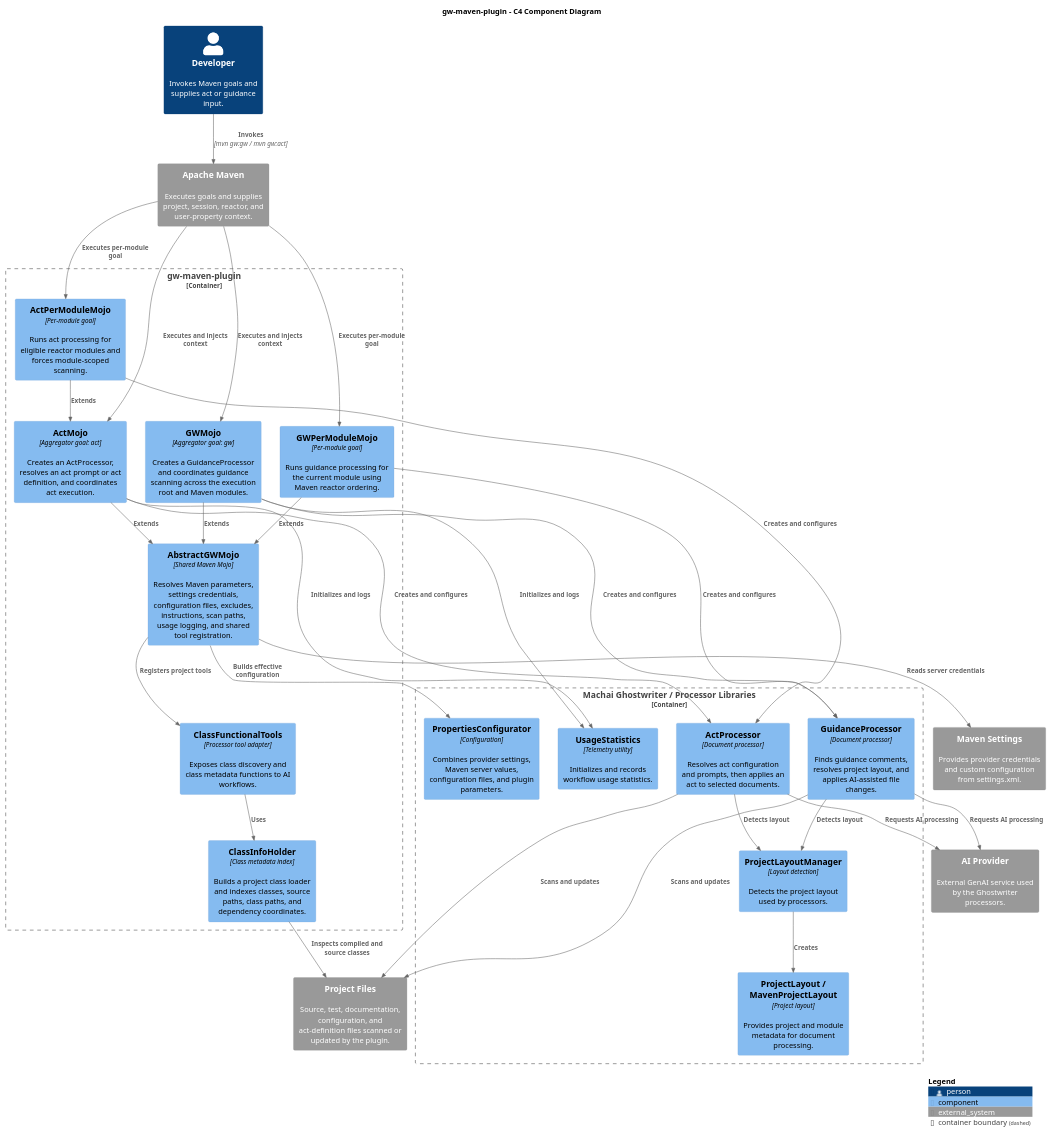
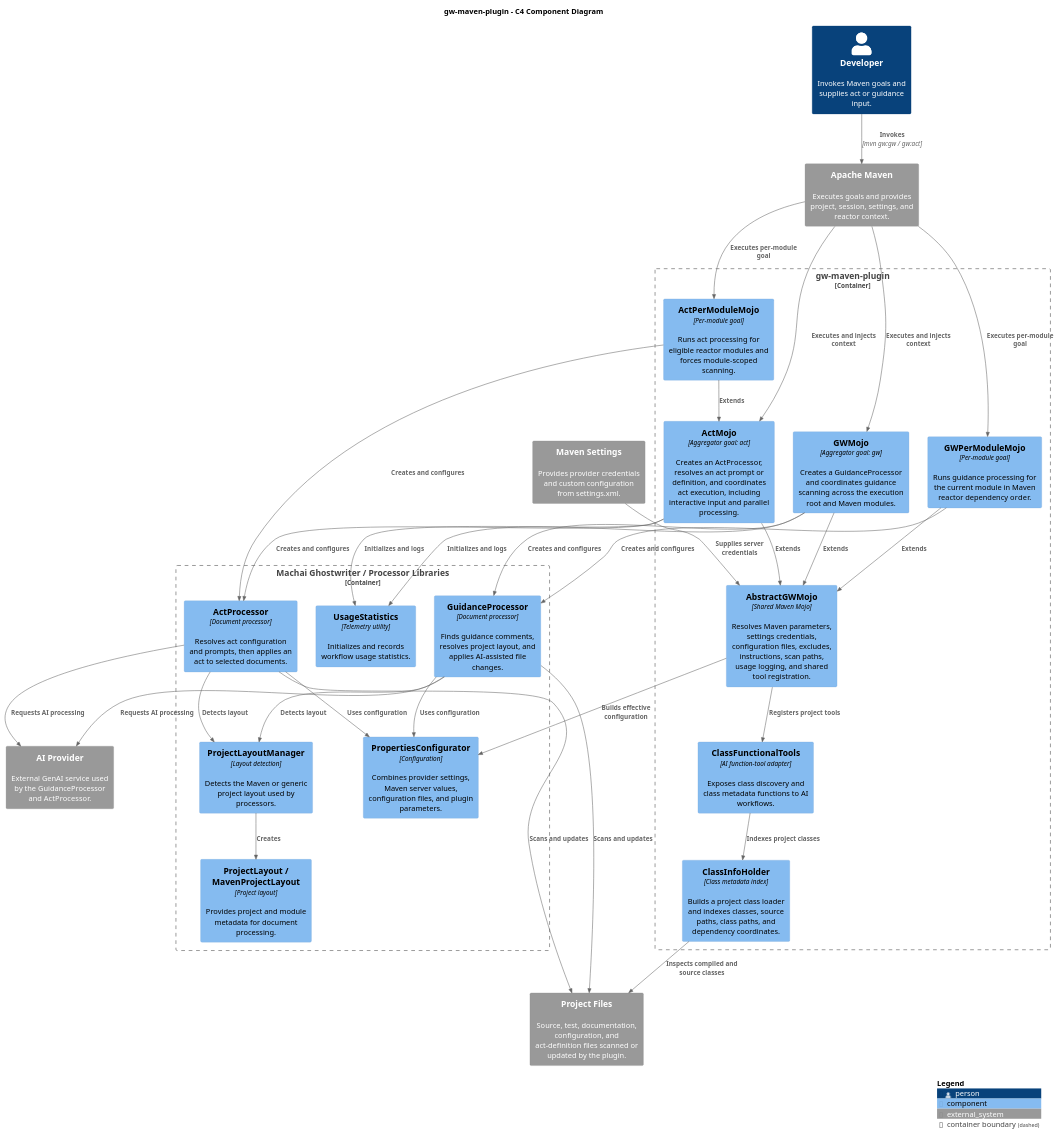
The diagram in gw-maven-plugin/src/site/puml/project-structure/c4-diagram.puml (machanism-org/machai), drawn with PlantUML before and after one commit. The commit also changed 64 other files, not shown here.

Commit message:
updated by gw:gw [INFO] Token usage summary for model 'gpt-5.6-luna-2026-07-09': Input = 14304855, Cached = 9435778, Output = 168072. [INFO] Machai Project ..................................... SUCCESS [21:33 min] $1.37

```diff
--- a/gw-maven-plugin/src/site/puml/project-structure/c4-diagram.puml
+++ b/gw-maven-plugin/src/site/puml/project-structure/c4-diagram.puml
@@ -10,65 +10,66 @@
 @startuml gw-maven-plugin-components
 !include <C4/C4_Component>
 
 LAYOUT_WITH_LEGEND()
 
 title gw-maven-plugin - C4 Component Diagram
 
 Person(developer, "Developer", "Invokes Maven goals and supplies act or guidance input.")
 
-System_Ext(maven, "Apache Maven", "Executes goals and supplies project, session, reactor, and user-property context.")
+System_Ext(maven, "Apache Maven", "Executes goals and provides project, session, settings, and reactor context.")
 System_Ext(maven_settings, "Maven Settings", "Provides provider credentials and custom configuration from settings.xml.")
-System_Ext(ai_provider, "AI Provider", "External GenAI service used by the Ghostwriter processors.")
+System_Ext(ai_provider, "AI Provider", "External GenAI service used by the GuidanceProcessor and ActProcessor.")
 System_Ext(project_files, "Project Files", "Source, test, documentation, configuration, and act-definition files scanned or updated by the plugin.")
 
 Container_Boundary(plugin, "gw-maven-plugin") {
     Component(abstract_mojo, "AbstractGWMojo", "Shared Maven Mojo", "Resolves Maven parameters, settings credentials, configuration files, excludes, instructions, scan paths, usage logging, and shared tool registration.")
     Component(gw_mojo, "GWMojo", "Aggregator goal: gw", "Creates a GuidanceProcessor and coordinates guidance scanning across the execution root and Maven modules.")
-    Component(act_mojo, "ActMojo", "Aggregator goal: act", "Creates an ActProcessor, resolves an act prompt or act definition, and coordinates act execution.")
-    Component(gw_per_module_mojo, "GWPerModuleMojo", "Per-module goal", "Runs guidance processing for the current module using Maven reactor ordering.")
+    Component(act_mojo, "ActMojo", "Aggregator goal: act", "Creates an ActProcessor, resolves an act prompt or definition, and coordinates act execution, including interactive input and parallel processing.")
+    Component(gw_per_module_mojo, "GWPerModuleMojo", "Per-module goal", "Runs guidance processing for the current module in Maven reactor dependency order.")
     Component(act_per_module_mojo, "ActPerModuleMojo", "Per-module goal", "Runs act processing for eligible reactor modules and forces module-scoped scanning.")
-
-    Component(class_tools, "ClassFunctionalTools", "Processor tool adapter", "Exposes class discovery and class metadata functions to AI workflows.")
+    Component(class_tools, "ClassFunctionalTools", "AI function-tool adapter", "Exposes class discovery and class metadata functions to AI workflows.")
     Component(class_info_holder, "ClassInfoHolder", "Class metadata index", "Builds a project class loader and indexes classes, source paths, class paths, and dependency coordinates.")
 }
 
 Container_Boundary(ghostwriter, "Machai Ghostwriter / Processor Libraries") {
     Component(guidance_processor, "GuidanceProcessor", "Document processor", "Finds guidance comments, resolves project layout, and applies AI-assisted file changes.")
     Component(act_processor, "ActProcessor", "Document processor", "Resolves act configuration and prompts, then applies an act to selected documents.")
+    Component(project_layout_manager, "ProjectLayoutManager", "Layout detection", "Detects the Maven or generic project layout used by processors.")
+    Component(project_layout, "ProjectLayout / MavenProjectLayout", "Project layout", "Provides project and module metadata for document processing.")
     Component(configurator, "PropertiesConfigurator", "Configuration", "Combines provider settings, Maven server values, configuration files, and plugin parameters.")
-    Component(project_layout_manager, "ProjectLayoutManager", "Layout detection", "Detects the project layout used by processors.")
-    Component(project_layout, "ProjectLayout / MavenProjectLayout", "Project layout", "Provides project and module metadata for document processing.")
     Component(usage_stats, "UsageStatistics", "Telemetry utility", "Initializes and records workflow usage statistics.")
 }
 
-Rel(developer, maven, "Invokes", "mvn gw:gw / mvn gw:act")
+Rel(developer, maven, "Invokes", "mvn gw:gw / gw:act")
 Rel(maven, gw_mojo, "Executes and injects context")
 Rel(maven, act_mojo, "Executes and injects context")
 Rel(maven, gw_per_module_mojo, "Executes per-module goal")
 Rel(maven, act_per_module_mojo, "Executes per-module goal")
-Rel(abstract_mojo, maven_settings, "Reads server credentials")
+Rel(maven_settings, abstract_mojo, "Supplies server credentials")
 Rel(abstract_mojo, configurator, "Builds effective configuration")
 Rel(abstract_mojo, class_tools, "Registers project tools")
 
 Rel(gw_mojo, abstract_mojo, "Extends")
 Rel(act_mojo, abstract_mojo, "Extends")
 Rel(gw_per_module_mojo, abstract_mojo, "Extends")
 Rel(act_per_module_mojo, act_mojo, "Extends")
 Rel(gw_mojo, guidance_processor, "Creates and configures")
 Rel(act_mojo, act_processor, "Creates and configures")
 Rel(gw_per_module_mojo, guidance_processor, "Creates and configures")
 Rel(act_per_module_mojo, act_processor, "Creates and configures")
 Rel(guidance_processor, project_layout_manager, "Detects layout")
 Rel(act_processor, project_layout_manager, "Detects layout")
 Rel(project_layout_manager, project_layout, "Creates")
+Rel(guidance_processor, configurator, "Uses configuration")
+Rel(act_processor, configurator, "Uses configuration")
 Rel(guidance_processor, project_files, "Scans and updates")
 Rel(act_processor, project_files, "Scans and updates")
 Rel(guidance_processor, ai_provider, "Requests AI processing")
 Rel(act_processor, ai_provider, "Requests AI processing")
-Rel(class_tools, class_info_holder, "Uses")
+Rel(class_tools, class_info_holder, "Indexes project classes")
 Rel(class_info_holder, project_files, "Inspects compiled and source classes")
 Rel(gw_mojo, usage_stats, "Initializes and logs")
 Rel(act_mojo, usage_stats, "Initializes and logs")
 
 SHOW_LEGEND()
 @enduml
```
